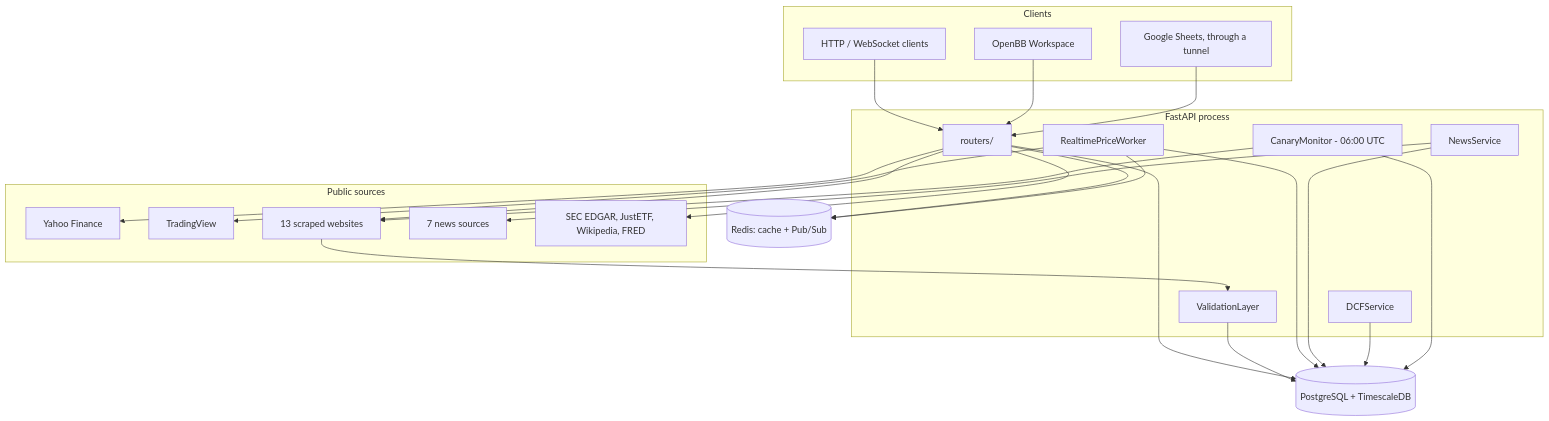
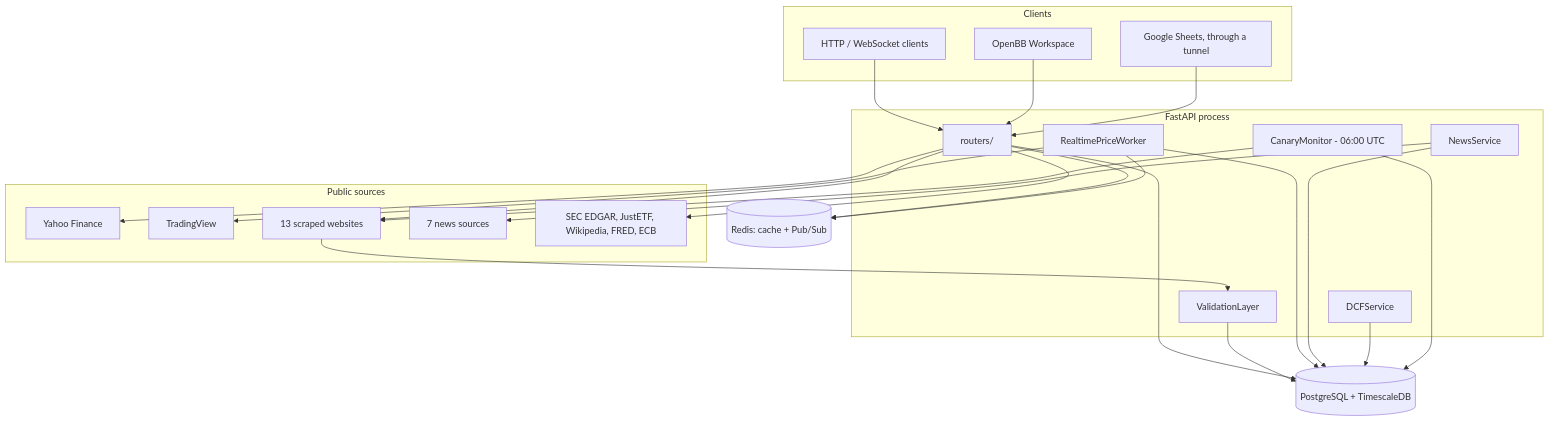
The diagram in docs/architecture/overview.md (fonrex/docs), drawn with Mermaid before and after one commit. The commit also changed other lines of this file and 42 other files, not shown here.

````diff
--- a/docs/architecture/overview.md
+++ b/docs/architecture/overview.md
@@ -12,47 +12,47 @@
 ```mermaid
 flowchart TD
     subgraph Clients
         Client[HTTP / WebSocket clients]
         OpenBB[OpenBB Workspace]
         Sheets[Google Sheets, through a tunnel]
     end
 
     subgraph API [FastAPI process]
         Routers[routers/]
         Worker[RealtimePriceWorker]
         VL[ValidationLayer]
         Canary[CanaryMonitor - 06:00 UTC]
         News[NewsService]
         DCF[DCFService]
     end
 
     subgraph Sources [Public sources]
         YF[Yahoo Finance]
         TV[TradingView]
         Scraped[13 scraped websites]
         NewsSites[7 news sources]
-        Specialised[SEC EDGAR, JustETF, Wikipedia, FRED]
+        Specialised[SEC EDGAR, JustETF, Wikipedia, FRED, ECB]
     end
 
     Redis[(Redis: cache + Pub/Sub)]
     DB[(PostgreSQL + TimescaleDB)]
 
     Client --> Routers
     OpenBB --> Routers
     Sheets --> Routers
     Routers --> Redis
     Routers --> DB
     Routers --> YF
     Routers --> Scraped
     Routers --> Specialised
     Scraped --> VL
     VL --> DB
     Worker --> TV
     Worker --> Redis
     Worker --> DB
     News --> NewsSites
     News --> DB
     DCF --> DB
     Canary --> Scraped
     Canary --> DB
 ```
````
